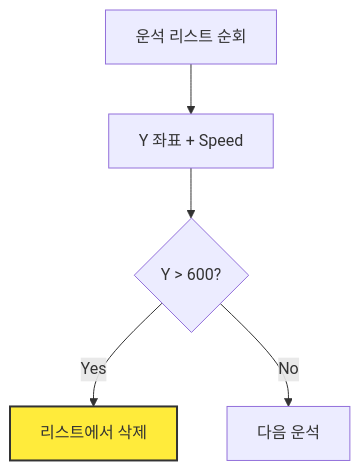
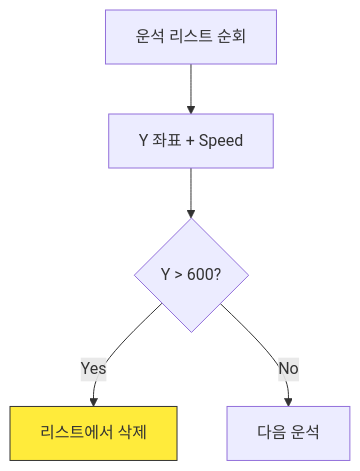
Before and after one commit to sleepyhood/StepCode: the second of 2 diagrams in practice/data/content/pygame_marp_course/lesson02_meteor_drop/lesson/slide.md, drawn with Mermaid. The commit also changed other lines of this file and 25 other files, not shown here.

````diff
--- a/practice/data/content/pygame_marp_course/lesson02_meteor_drop/lesson/slide.md
+++ b/practice/data/content/pygame_marp_course/lesson02_meteor_drop/lesson/slide.md
@@ -126,8 +101,8 @@
 ```mermaid
 graph TD
     A[운석 리스트 순회] --> B[Y 좌표 + Speed]
     B --> C{Y > 600?}
     C -- Yes --> D[리스트에서 삭제]
     C -- No --> E[다음 운석]
-    style D fill:#ffeb3b,stroke:#333,stroke-width:2px
+    style D fill:#ffeb3b,stroke:#333
 ```
````
